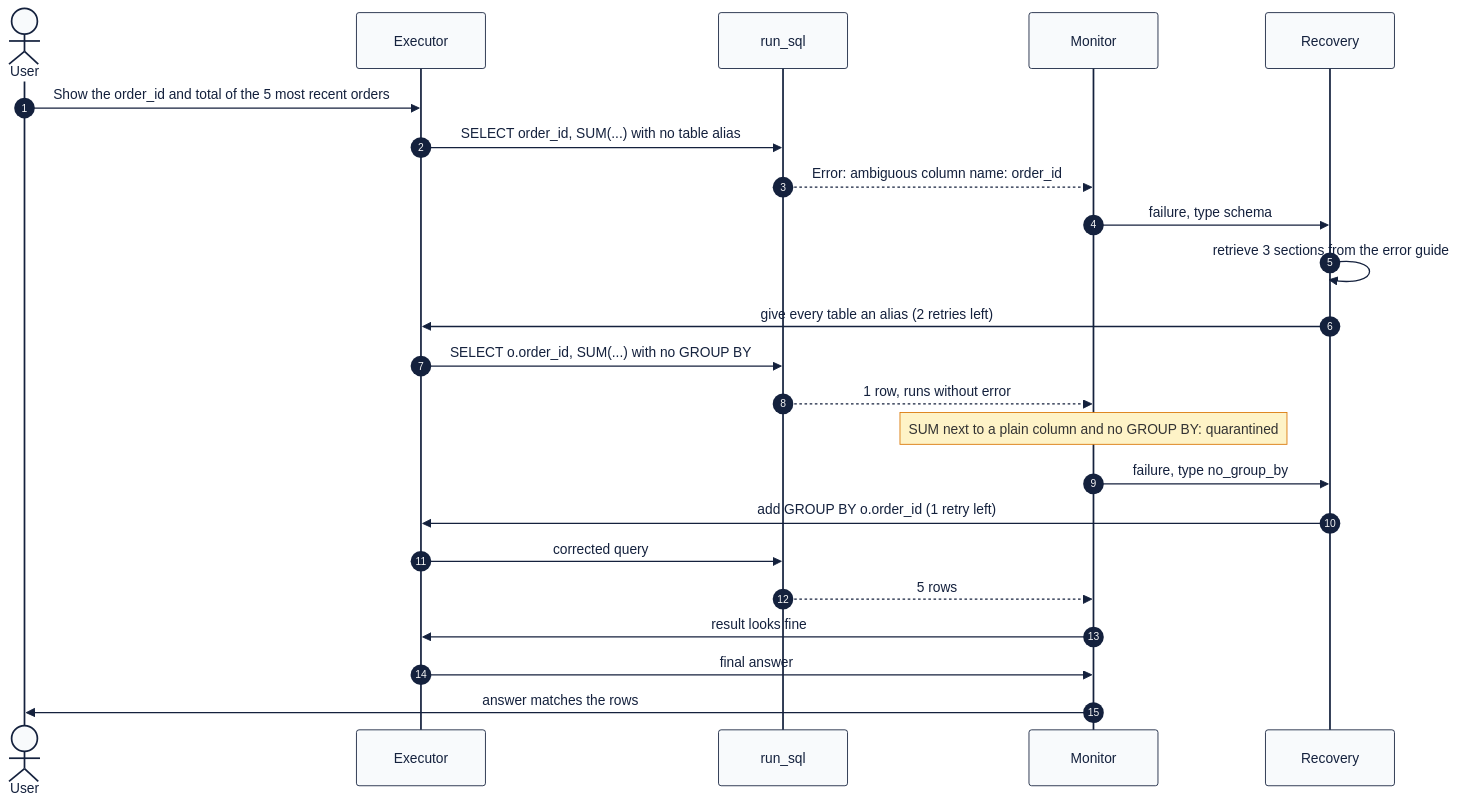
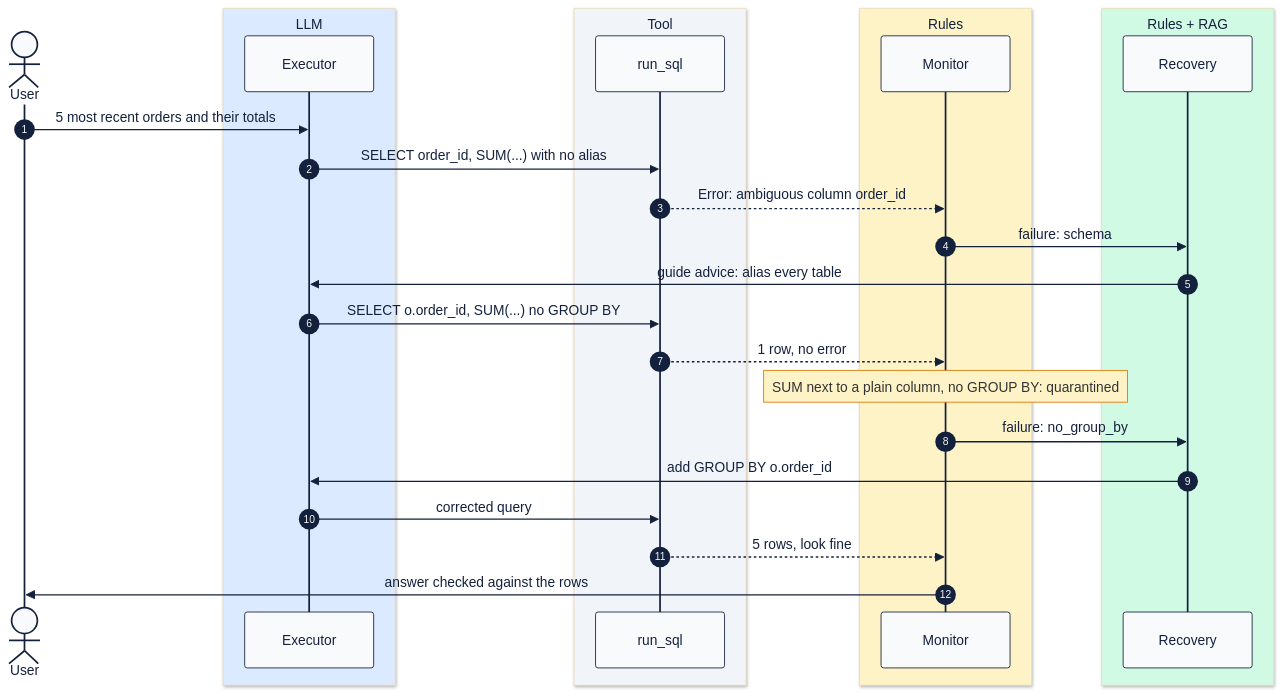
Before and after one commit to Swaraj-Mandre/FailureDetectionAgent: the diagram in report/diagrams/mermaid/05_one_recovery.mmd, drawn with Mermaid. The commit also changed 11 other files, not shown here.

First line of the commit message:
Render the five diagrams ourselves and place them in the report

```diff
--- a/report/diagrams/mermaid/05_one_recovery.mmd
+++ b/report/diagrams/mermaid/05_one_recovery.mmd
@@ -1,24 +1,29 @@
-%%{init: {"theme": "base", "themeVariables": {"fontFamily": "Segoe UI", "fontSize": "15px", "primaryTextColor": "#14213D", "edgeLabelBackground": "#FFFFFF", "actorBkg": "#F8FAFC", "actorBorder": "#14213D", "noteBkgColor": "#FEF3C7", "noteBorderColor": "#D97706"}}}%%
+%%{init: {"theme": "base", "themeVariables": {"fontFamily": "Segoe UI", "fontSize": "16px", "messageFontSize": "17px", "actorFontSize": "18px", "primaryTextColor": "#14213D", "edgeLabelBackground": "#FFFFFF", "actorBkg": "#F8FAFC", "actorBorder": "#14213D", "noteBkgColor": "#FEF3C7", "noteBorderColor": "#D97706"}}}%%
 sequenceDiagram
     autonumber
     actor U as User
+    box rgb(219,234,254) LLM
     participant E as Executor
+    end
+    box rgb(241,245,249) Tool
     participant T as run_sql
+    end
+    box rgb(254,243,199) Rules
     participant M as Monitor
+    end
+    box rgb(209,250,229) Rules + RAG
     participant R as Recovery
-    U->>E: Show the order_id and total of the 5 most recent orders
-    E->>T: SELECT order_id, SUM(...) with no table alias
-    T-->>M: Error: ambiguous column name: order_id
-    M->>R: failure, type schema
-    R->>R: retrieve 3 sections from the error guide
-    R->>E: give every table an alias (2 retries left)
-    E->>T: SELECT o.order_id, SUM(...) with no GROUP BY
-    T-->>M: 1 row, runs without error
-    Note over M: SUM next to a plain column and no GROUP BY: quarantined
-    M->>R: failure, type no_group_by
-    R->>E: add GROUP BY o.order_id (1 retry left)
+    end
+    U->>E: 5 most recent orders and their totals
+    E->>T: SELECT order_id, SUM(...) with no alias
+    T-->>M: Error: ambiguous column order_id
+    M->>R: failure: schema
+    R->>E: guide advice: alias every table
+    E->>T: SELECT o.order_id, SUM(...) no GROUP BY
+    T-->>M: 1 row, no error
+    Note over M: SUM next to a plain column, no GROUP BY: quarantined
+    M->>R: failure: no_group_by
+    R->>E: add GROUP BY o.order_id
     E->>T: corrected query
-    T-->>M: 5 rows
-    M->>E: result looks fine
-    E->>M: final answer
-    M->>U: answer matches the rows
+    T-->>M: 5 rows, look fine
+    M->>U: answer checked against the rows
```
